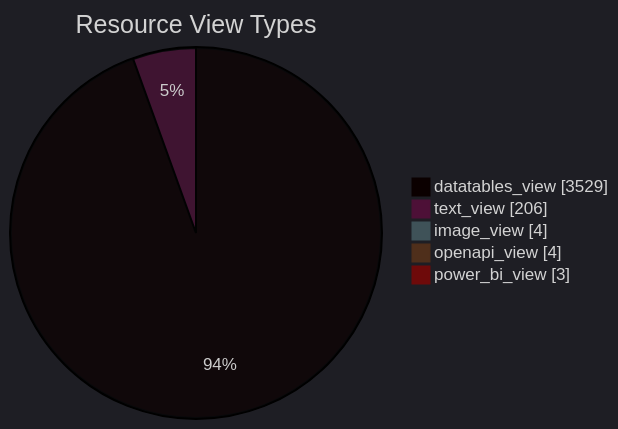
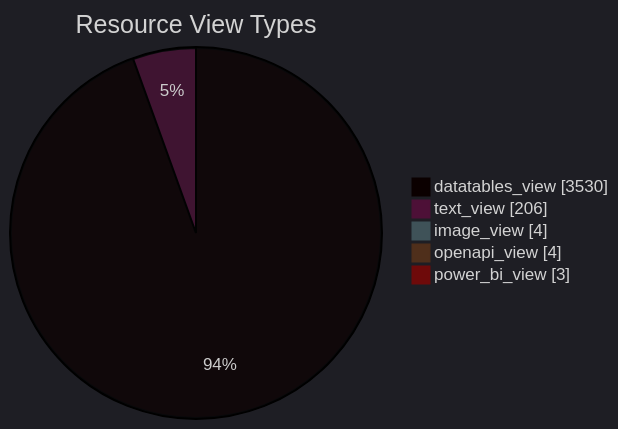
One commit to open-data/analytics-corporate-reporting changed the diagram in datastore_tracker/resource_view_types_pie_chart.md. Above: the diagram before and after it, drawn with Mermaid. The commit also changed 9 other files, not shown here.

````diff
--- a/datastore_tracker/resource_view_types_pie_chart.md
+++ b/datastore_tracker/resource_view_types_pie_chart.md
@@ -2,12 +2,12 @@
 ```mermaid
 ---
 config:
   theme: dark
 ---
 pie showData title Resource View Types
-    "datatables_view": 3529
+    "datatables_view": 3530
     "text_view": 206
     "image_view": 4
     "openapi_view": 4
     "power_bi_view": 3
 ```
````
